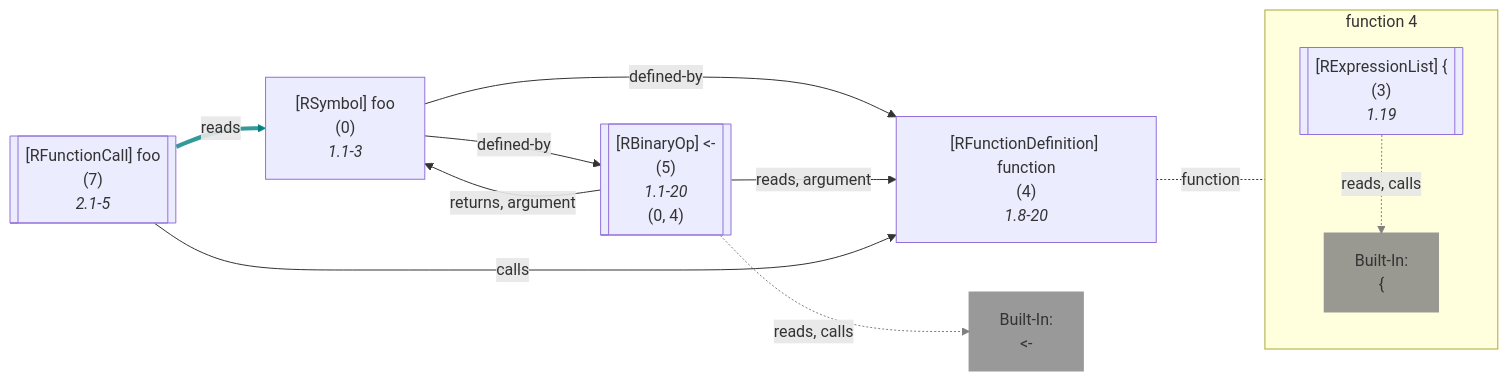
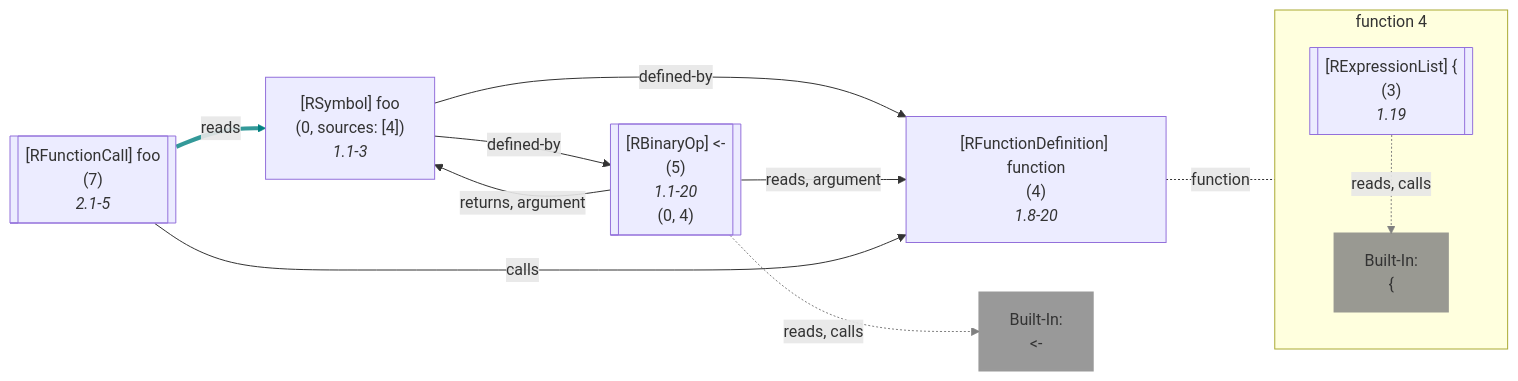
Diagram 31 of 58 in wiki/Dataflow Graph.md (flowr-analysis/flowr), drawn with Mermaid before and after one commit. The commit also changed other lines of this file and 90 other files, not shown here.

````diff
--- a/wiki/Dataflow Graph.md
+++ b/wiki/Dataflow Graph.md
@@ -4186,46 +4190,46 @@
 ```mermaid
 flowchart LR
     4["`#91;RFunctionDefinition#93; function
       (4)
       *1.8-20*`"]
 
 subgraph "flow-4" [function 4]
     3[["`#91;RExpressionList#93; #123;
       (3)
       *1.19*`"]]
     built-in:_["`Built-In:
 #123;`"]
     style built-in:_ stroke:gray,fill:gray,stroke-width:2px,opacity:.8;
 end
    %% No edges found for 4
     0["`#91;RSymbol#93; foo
-      (0)
+      (0, sources: [4])
       *1.1-3*`"]
     5[["`#91;RBinaryOp#93; #60;#45;
       (5)
       *1.1-20*
     (0, 4)`"]]
     built-in:_-["`Built-In:
 #60;#45;`"]
     style built-in:_- stroke:gray,fill:gray,stroke-width:2px,opacity:.8;
     %% Environment of 7 [level: 0]:
     %% Built-in
-    %% 3308----------------------------------------
+    %% 3264----------------------------------------
     %%   foo: {**foo** (id: 0, type: Function, def. @5)}
     7[["`#91;RFunctionCall#93; foo
       (7)
       *2.1-5*`"]]
     3 -.->|"reads, calls"| built-in:_
     linkStyle 0 stroke:gray;
 4 -.-|function| flow-4
 
     0 -->|"defined-by"| 4
     0 -->|"defined-by"| 5
     5 -->|"reads, argument"| 4
     5 -->|"returns, argument"| 0
     5 -.->|"reads, calls"| built-in:_-
     linkStyle 6 stroke:gray;
     7 -->|"reads"| 0
     linkStyle 7 stroke:teal,stroke-width:4.2px,stroke-opacity:.8
     7 -->|"calls"| 4
 ```
````
